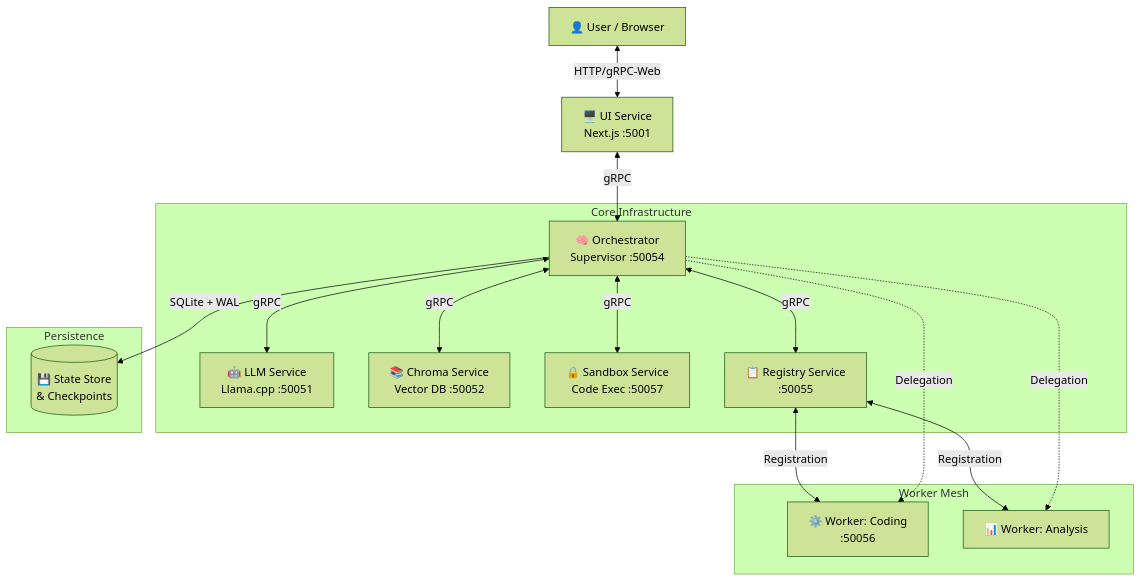
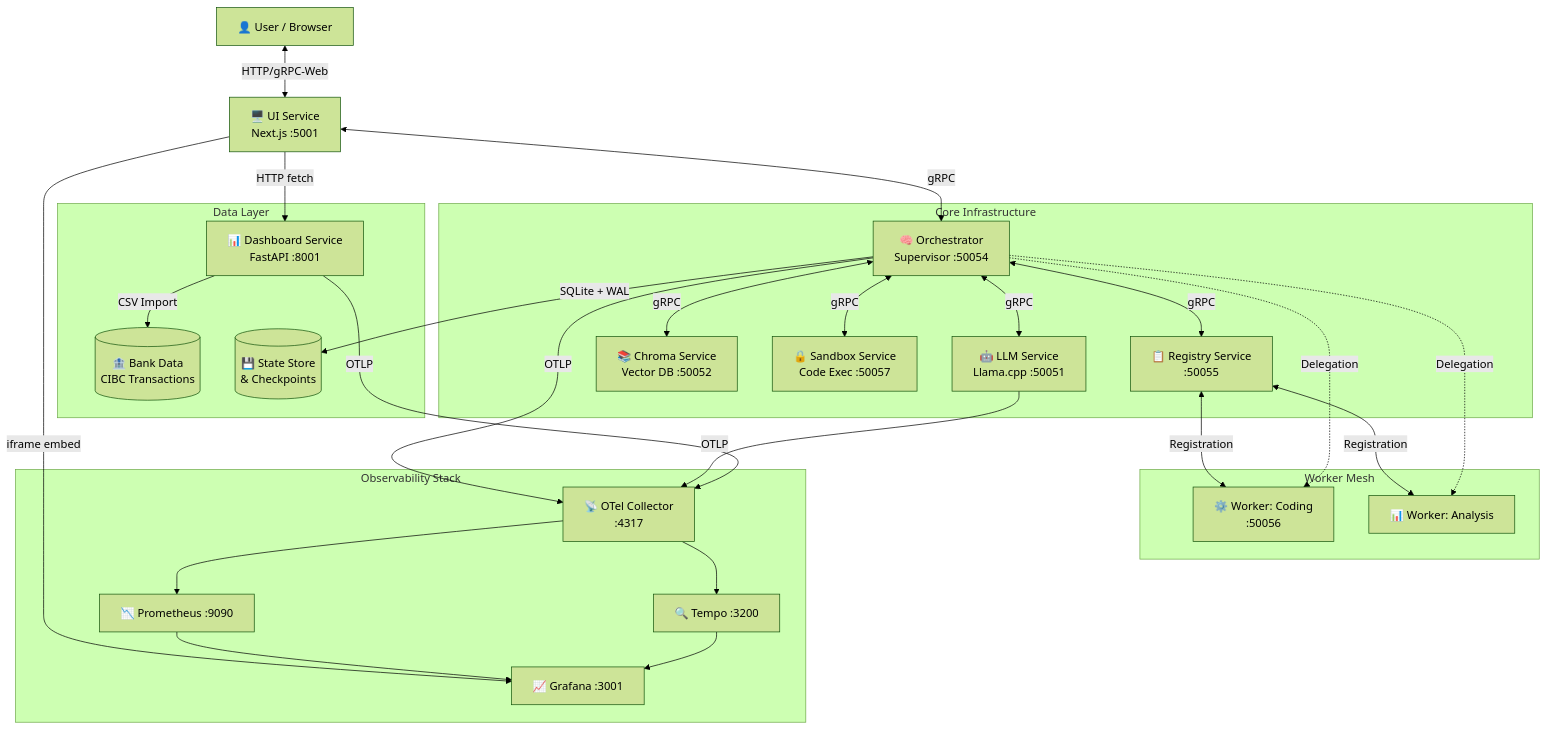
The first of 10 diagrams in HIGH_LEVEL_DESIGN.md (sertannavdann/gRPC_LLM_Container), drawn with Mermaid (forest theme) before and after one commit. The commit also changed other lines of this file and 17 other files, not shown here.

Commit message:
feat: UI navigation, finance chart filters, real bank data, responsive layout, observability

````diff
--- a/HIGH_LEVEL_DESIGN.md
+++ b/HIGH_LEVEL_DESIGN.md
@@ -34,23 +34,34 @@
 ```mermaid
 graph TD
     User[👤 User / Browser] <-->|HTTP/gRPC-Web| UI[🖥️ UI Service<br/>Next.js :5001]
     UI <-->|gRPC| Orch[🧠 Orchestrator<br/>Supervisor :50054]
+    UI -->|HTTP fetch| Dash[📊 Dashboard Service<br/>FastAPI :8001]
+    UI -->|iframe embed| Graf[📈 Grafana :3001]
     
     subgraph "Core Infrastructure"
         Orch <-->|gRPC| LLM[🤖 LLM Service<br/>Llama.cpp :50051]
         Orch <-->|gRPC| Chroma[📚 Chroma Service<br/>Vector DB :50052]
         Orch <-->|gRPC| Sandbox[🔒 Sandbox Service<br/>Code Exec :50057]
         Orch <-->|gRPC| Reg[📋 Registry Service<br/>:50055]
     end
     
     subgraph "Worker Mesh"
         Reg <-->|Registration| W1[⚙️ Worker: Coding<br/>:50056]
         Reg <-->|Registration| W2[📊 Worker: Analysis]
         Orch -.->|Delegation| W1
         Orch -.->|Delegation| W2
     end
     
-    subgraph "Persistence"
+    subgraph "Data Layer"
+        Dash -->|CSV Import| Bank[(🏦 Bank Data<br/>CIBC Transactions)]
         Orch -->|SQLite + WAL| State[(💾 State Store<br/>& Checkpoints)]
     end
+    
+    subgraph "Observability Stack"
+        Orch & LLM & Dash -->|OTLP| OTel[📡 OTel Collector<br/>:4317]
+        OTel --> Prom[📉 Prometheus :9090]
+        OTel --> Tempo[🔍 Tempo :3200]
+        Prom --> Graf
+        Tempo --> Graf
+    end
 ```
````
